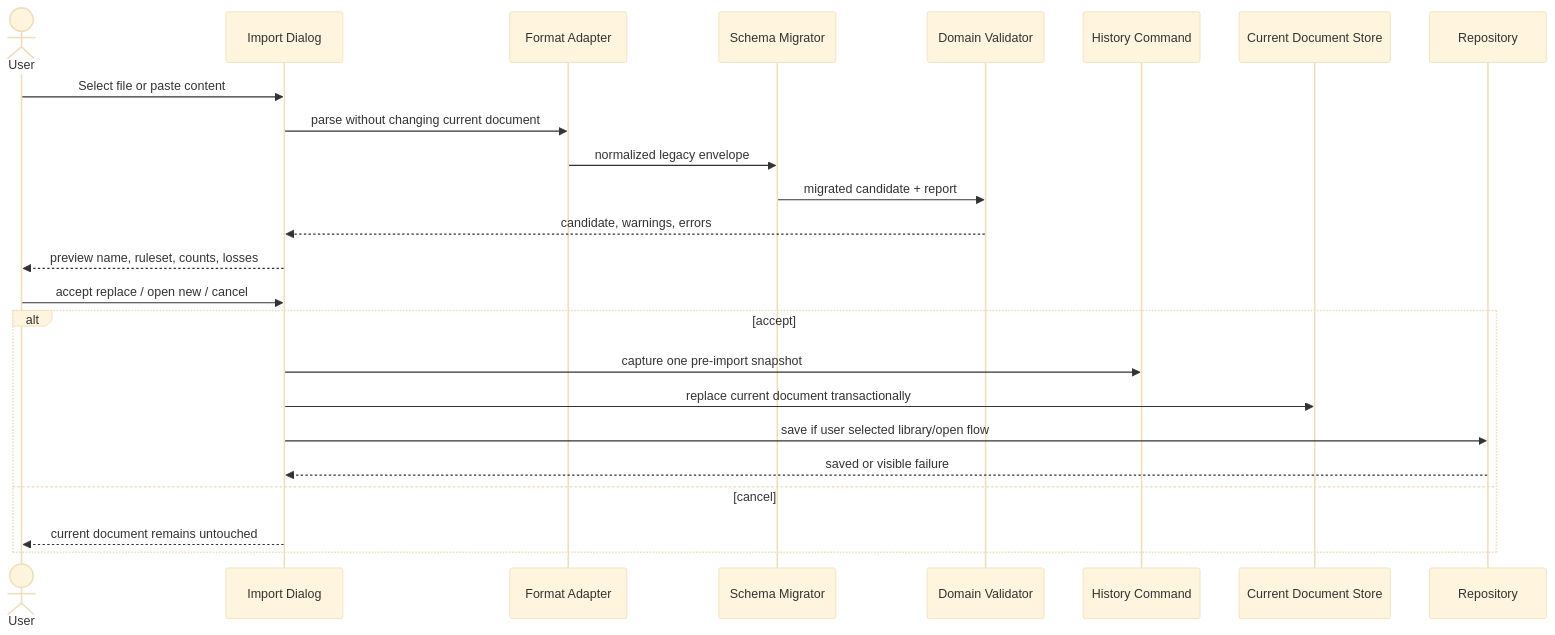
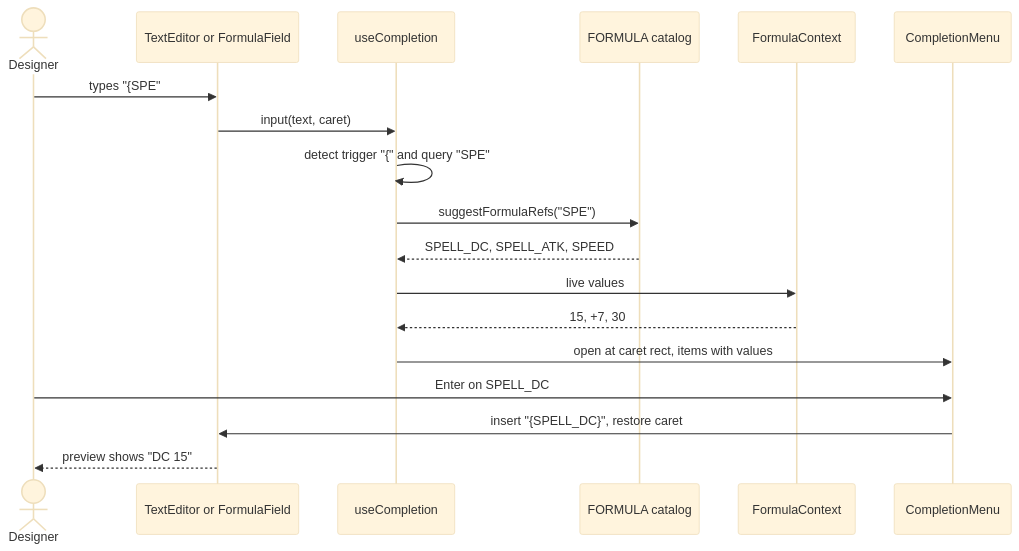
One commit to ivangarciafilho/DNDSheet changed diagram 19 of 31 in docs/roadmap/DNDSheet-Professional-Product-and-Architecture-Spec.md. Above: the diagram before and after it, drawn with Mermaid (base theme). The commit also changed other lines of this file and 2 other files, not shown here.

Commit message:
roadmap v2: specification bible, loop backlog and handoffs rebuilt around the statblock overhaul

````diff
--- a/docs/roadmap/DNDSheet-Professional-Product-and-Architecture-Spec.md
+++ b/docs/roadmap/DNDSheet-Professional-Product-and-Architecture-Spec.md
@@ -875,26 +1275,20 @@
 ```mermaid
 sequenceDiagram
-  actor User
-  participant UI as Import Dialog
-  participant Parser as Format Adapter
-  participant Migrator as Schema Migrator
-  participant Validator as Domain Validator
-  participant History as History Command
-  participant Store as Current Document Store
-  participant Repo as Repository
-  User->>UI: Select file or paste content
-  UI->>Parser: parse without changing current document
-  Parser->>Migrator: normalized legacy envelope
-  Migrator->>Validator: migrated candidate + report
-  Validator-->>UI: candidate, warnings, errors
-  UI-->>User: preview name, ruleset, counts, losses
-  User->>UI: accept replace / open new / cancel
-  alt accept
-    UI->>History: capture one pre-import snapshot
-    UI->>Store: replace current document transactionally
-    UI->>Repo: save if user selected library/open flow
-    Repo-->>UI: saved or visible failure
-  else cancel
-    UI-->>User: current document remains untouched
-  end
+  actor U as Designer
+  participant ED as TextEditor or FormulaField
+  participant UC as useCompletion
+  participant CAT as FORMULA catalog
+  participant CTX as FormulaContext
+  participant MN as CompletionMenu
+  U->>ED: types "{SPE"
+  ED->>UC: input(text, caret)
+  UC->>UC: detect trigger "{" and query "SPE"
+  UC->>CAT: suggestFormulaRefs("SPE")
+  CAT-->>UC: SPELL_DC, SPELL_ATK, SPEED
+  UC->>CTX: live values
+  CTX-->>UC: 15, +7, 30
+  UC->>MN: open at caret rect, items with values
+  U->>MN: Enter on SPELL_DC
+  MN->>ED: insert "{SPELL_DC}", restore caret
+  ED-->>U: preview shows "DC 15"
 ```
````
